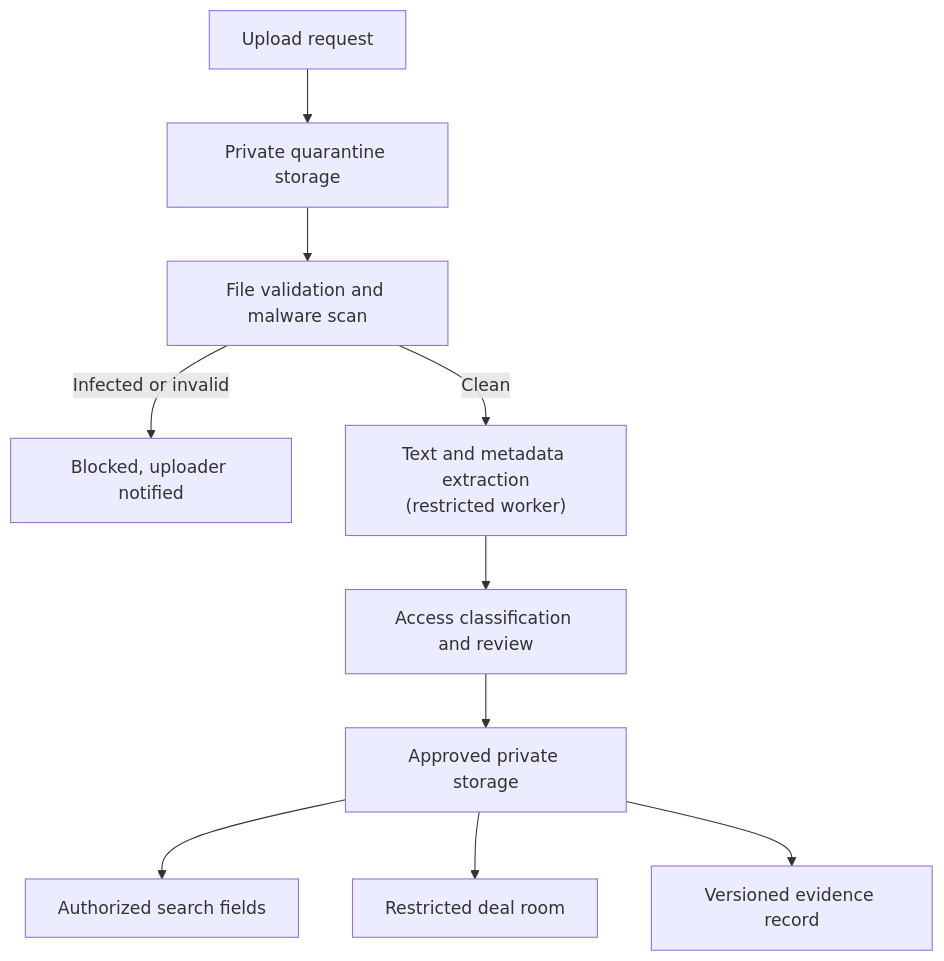
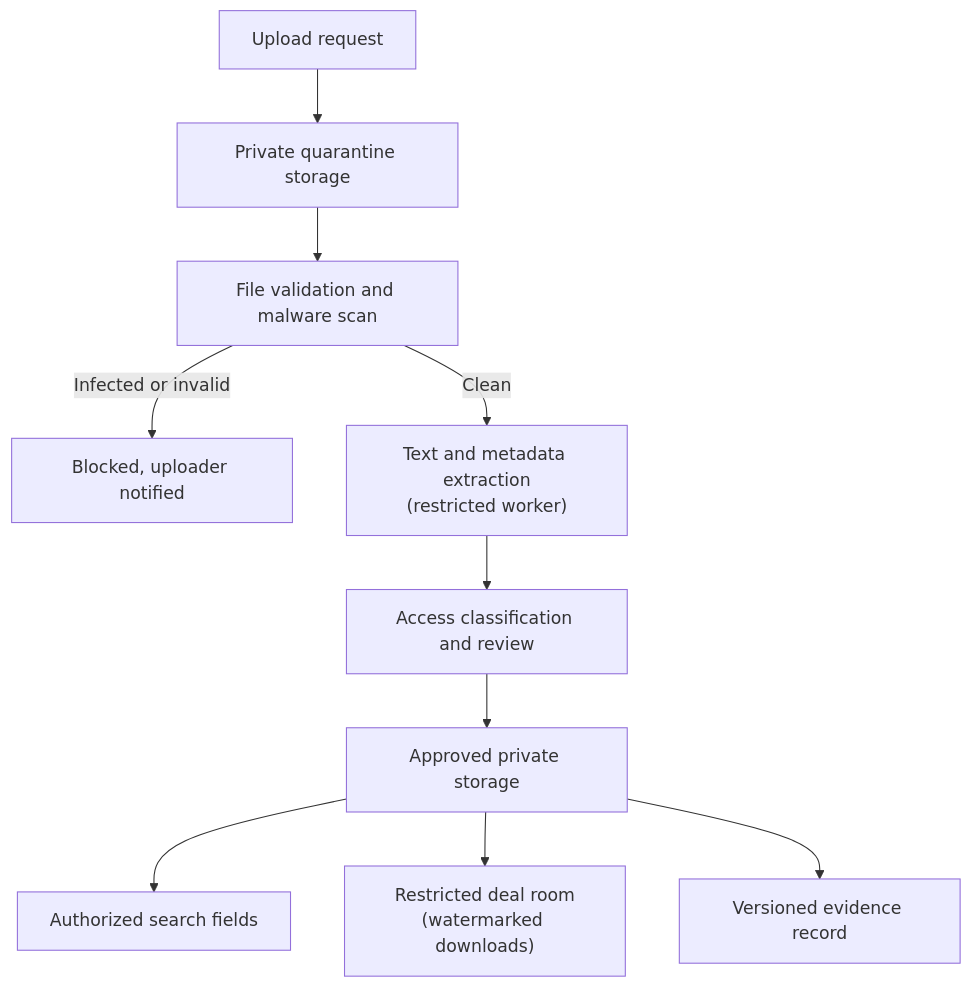
One commit to greensoft-atom/tex-platform changed diagram 18 of 21 in 05-system-design-blueprint.md. Above: the diagram before and after it, drawn with Mermaid. The commit also changed other lines of this file and 25 other files, not shown here.

````diff
--- a/05-system-design-blueprint.md
+++ b/05-system-design-blueprint.md
@@ -1177,12 +1117,12 @@
 ```mermaid
 flowchart TD
     A["Upload request"] --> B["Private quarantine storage"]
     B --> C["File validation and malware scan"]
     C -->|"Infected or invalid"| X["Blocked, uploader notified"]
     C -->|"Clean"| D["Text and metadata extraction<br/>(restricted worker)"]
     D --> E["Access classification and review"]
     E --> F["Approved private storage"]
     F --> G["Authorized search fields"]
-    F --> H["Restricted deal room"]
+    F --> H["Restricted deal room<br/>(watermarked downloads)"]
     F --> I["Versioned evidence record"]
 ```
````
